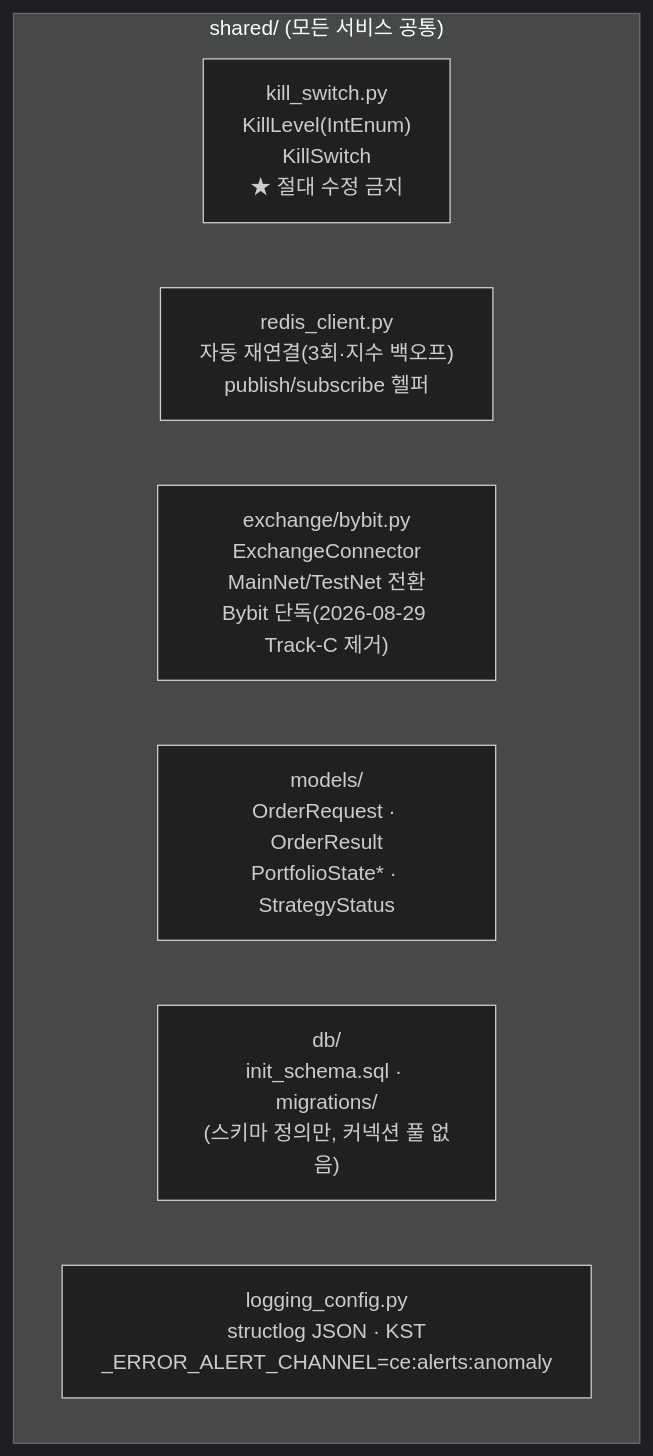
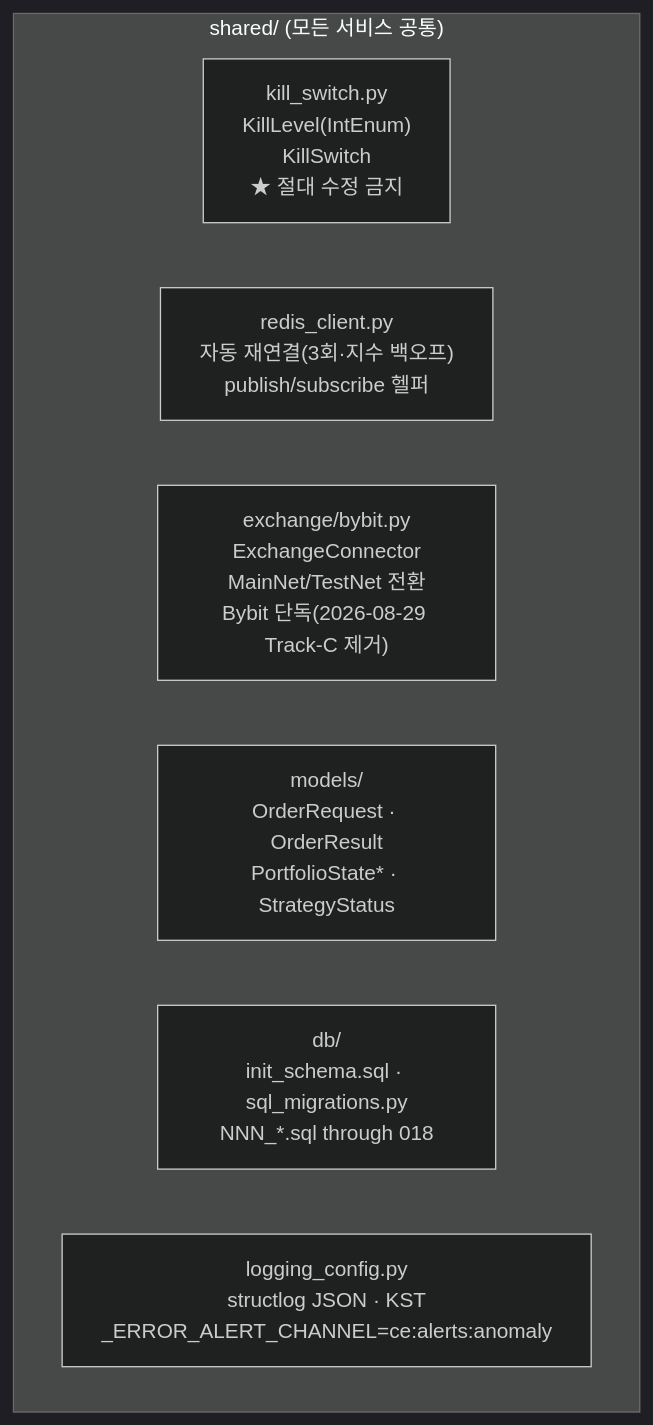
Before and after one commit to Justant-source/Bit-Mania: the fifth of 5 diagrams in docs/30-components/components.md, drawn with Mermaid (dark theme). The commit also changed other lines of this file and 52 other files, not shown here.

````diff
--- a/docs/30-components/components.md
+++ b/docs/30-components/components.md
@@ -153,11 +189,11 @@
 ```mermaid
 flowchart TB
   subgraph shared["shared/ (모든 서비스 공통)"]
     ks["kill_switch.py<br/>KillLevel(IntEnum)<br/>KillSwitch<br/>★ 절대 수정 금지"]
     rc["redis_client.py<br/>자동 재연결(3회·지수 백오프)<br/>publish/subscribe 헬퍼"]
     bybit_ex["exchange/bybit.py<br/>ExchangeConnector<br/>MainNet/TestNet 전환<br/>Bybit 단독(2026-08-29 Track-C 제거)"]
     models["models/<br/>OrderRequest · OrderResult<br/>PortfolioState* · StrategyStatus"]
-    db["db/<br/>init_schema.sql · migrations/<br/>(스키마 정의만, 커넥션 풀 없음)"]
+    db["db/<br/>init_schema.sql · sql_migrations.py<br/>NNN_*.sql through 018"]
     log["logging_config.py<br/>structlog JSON · KST<br/>_ERROR_ALERT_CHANNEL=ce:alerts:anomaly"]
   end
 ```
````
